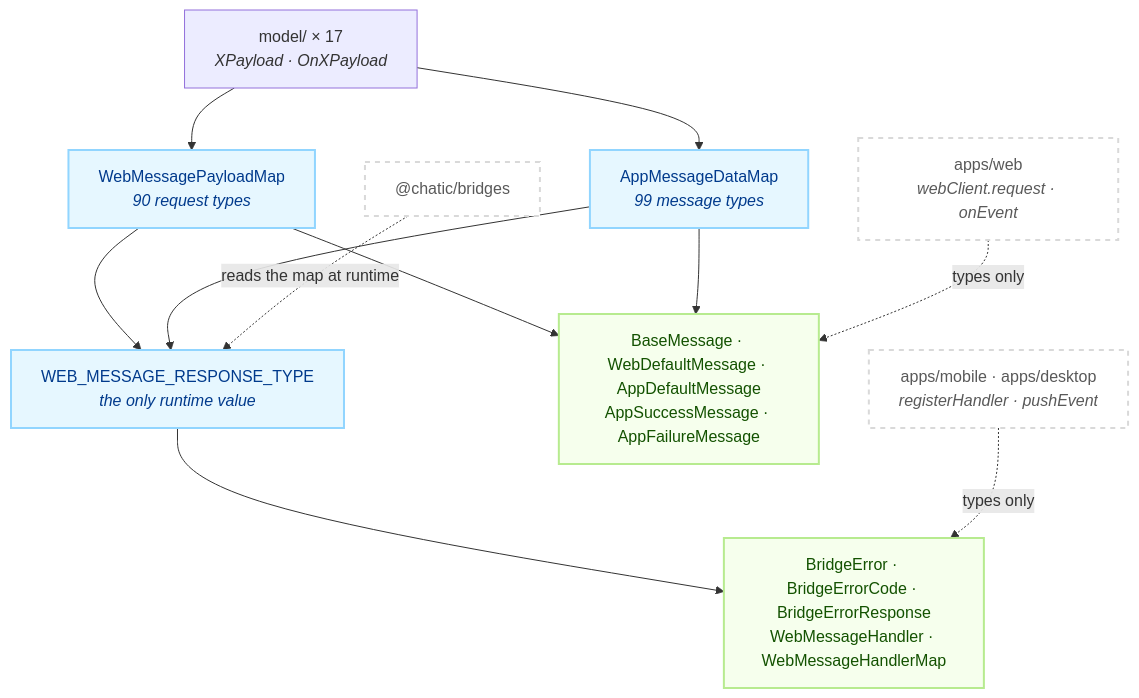
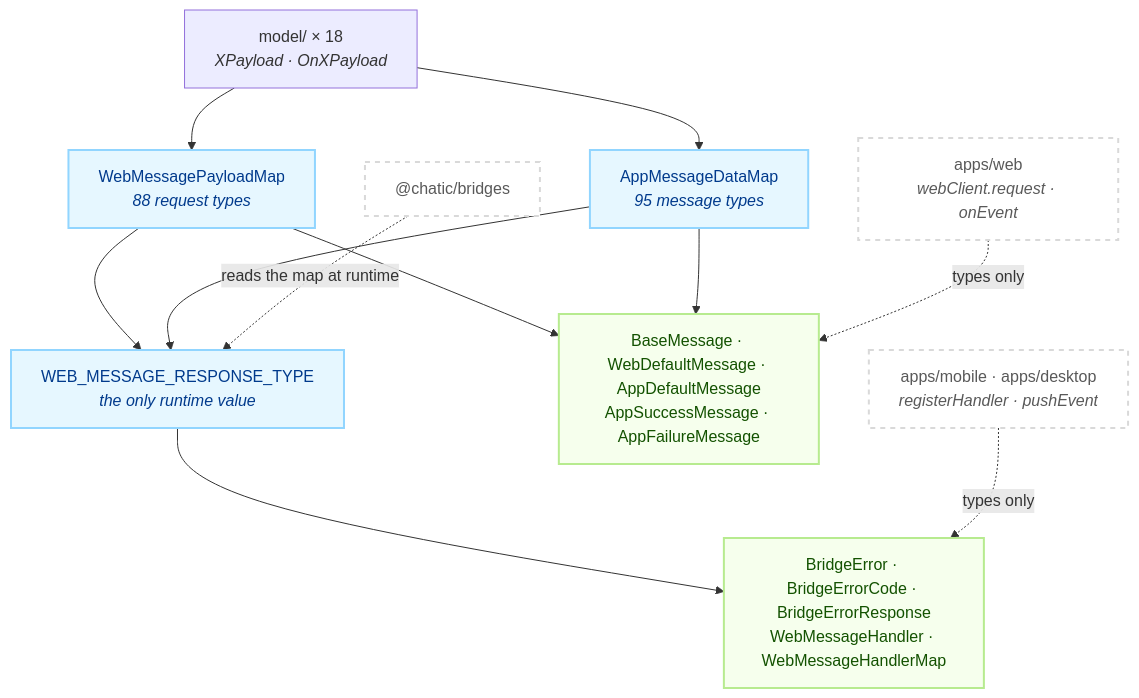
Before and after one commit to lemoncloud-io/dou-app: the first of 2 diagrams in libs/app-messages/README.md, drawn with Mermaid. The commit also changed other lines of this file and 88 other files, not shown here.

````diff
--- a/libs/app-messages/README.md
+++ b/libs/app-messages/README.md
@@ -89,28 +89,28 @@
 ```mermaid
 flowchart TD
     classDef ext fill:#ffffff,stroke:#d9d9d9,stroke-width:2px,color:#595959,stroke-dasharray: 5 5;
     classDef map fill:#e6f7ff,stroke:#91d5ff,stroke-width:2px,color:#003a8c;
     classDef env fill:#f6ffed,stroke:#b7eb8f,stroke-width:2px,color:#135200;
 
-    Model["model/ × 17<br/><i>XPayload · OnXPayload</i>"]
-    WM["WebMessagePayloadMap<br/><i>90 request types</i>"]:::map
-    AM["AppMessageDataMap<br/><i>99 message types</i>"]:::map
+    Model["model/ × 18<br/><i>XPayload · OnXPayload</i>"]
+    WM["WebMessagePayloadMap<br/><i>88 request types</i>"]:::map
+    AM["AppMessageDataMap<br/><i>95 message types</i>"]:::map
     RT["WEB_MESSAGE_RESPONSE_TYPE<br/><i>the only runtime value</i>"]:::map
     Env["BaseMessage · WebDefaultMessage · AppDefaultMessage<br/>AppSuccessMessage · AppFailureMessage"]:::env
     Err["BridgeError · BridgeErrorCode · BridgeErrorResponse<br/>WebMessageHandler · WebMessageHandlerMap"]:::env
 
     Web["apps/web<br/><i>webClient.request · onEvent</i>"]:::ext
     Shell["apps/mobile · apps/desktop<br/><i>registerHandler · pushEvent</i>"]:::ext
     Br["@chatic/bridges"]:::ext
 
     Model --> WM
     Model --> AM
     WM --> RT
     AM --> RT
     WM --> Env
     AM --> Env
     RT --> Err
     Br -.->|"reads the map at runtime"| RT
     Web -.->|"types only"| Env
     Shell -.->|"types only"| Err
 ```
````
